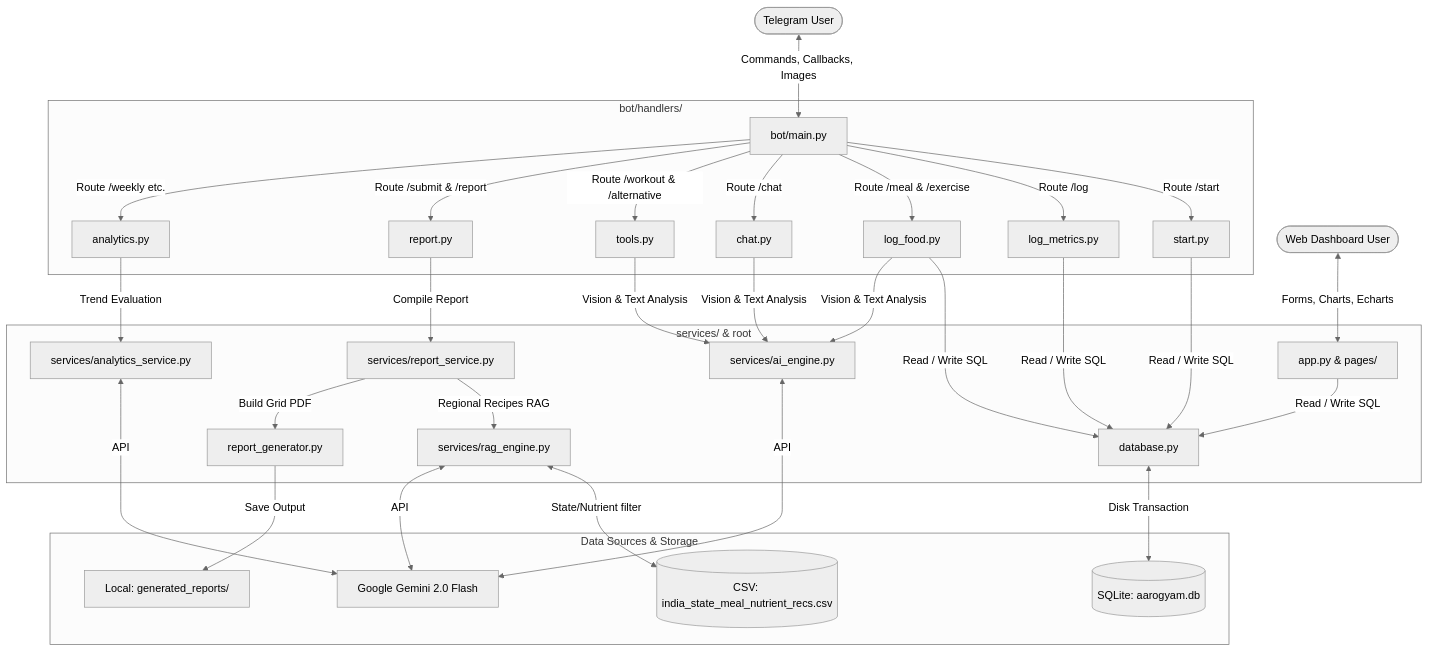
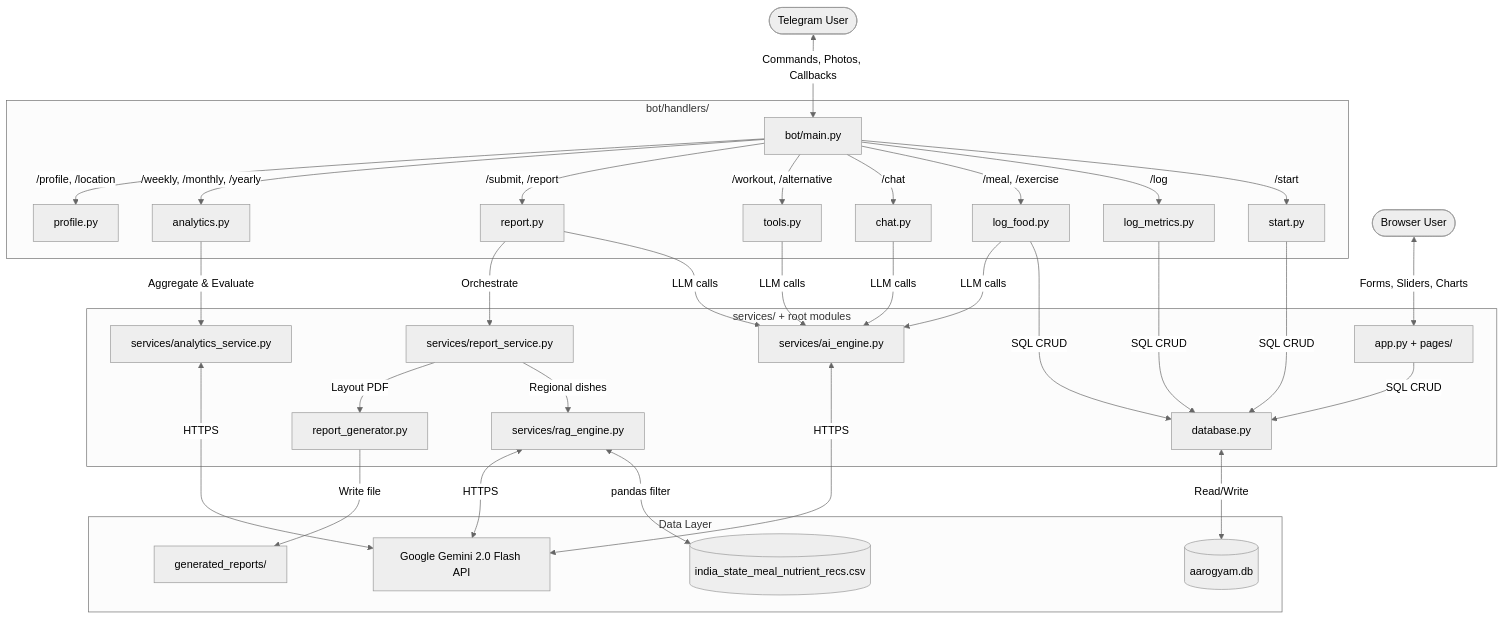
The first of 3 diagrams in PROJECT_DOCUMENTATION.md (swaraj-dash/AarogyamAI), drawn with Mermaid (neutral theme) before and after one commit. The commit also changed other lines of this file, not shown here.

Commit message:
docs: exhaustive technical blueprint with every function, state machine, algorithm, and schema

````diff
--- a/PROJECT_DOCUMENTATION.md
+++ b/PROJECT_DOCUMENTATION.md
@@ -60,31 +61,32 @@
 ```mermaid
 graph TD
-    User([Telegram User]) <-->|Commands, Callbacks, Images| BotMain[bot/main.py]
-    WebUser([Web Dashboard User]) <-->|Forms, Charts, Echarts| StreamlitApp[app.py & pages/]
-    
-    subgraph Bot Handlers [bot/handlers/]
-        BotMain -->|Route /start| StartH[start.py]
-        BotMain -->|Route /log| LogMetricsH[log_metrics.py]
-        BotMain -->|Route /meal & /exercise| LogFoodH[log_food.py]
-        BotMain -->|Route /chat| ChatH[chat.py]
-        BotMain -->|Route /workout & /alternative| ToolsH[tools.py]
-        BotMain -->|Route /submit & /report| ReportH[report.py]
-        BotMain -->|Route /weekly etc.| AnalyticsH[analytics.py]
+    TelegramUser([Telegram User]) <-->|Commands, Photos, Callbacks| BotMain[bot/main.py]
+    WebUser([Browser User]) <-->|Forms, Sliders, Charts| StreamlitApp[app.py + pages/]
+
+    subgraph BotHandlers [bot/handlers/]
+        BotMain -->|/start| StartH[start.py]
+        BotMain -->|/log| LogMetricsH[log_metrics.py]
+        BotMain -->|/meal, /exercise| LogFoodH[log_food.py]
+        BotMain -->|/chat| ChatH[chat.py]
+        BotMain -->|/workout, /alternative| ToolsH[tools.py]
+        BotMain -->|/submit, /report| ReportH[report.py]
+        BotMain -->|/weekly, /monthly, /yearly| AnalyticsH[analytics.py]
+        BotMain -->|/profile, /location| ProfileH[profile.py]
     end
 
-    subgraph Core Services [services/ & root]
-        StartH & LogMetricsH & LogFoodH & StreamlitApp -->|Read / Write SQL| DB[database.py]
-        ChatH & LogFoodH & ToolsH -->|Vision & Text Analysis| AIEngine[services/ai_engine.py]
-        ReportH -->|Compile Report| ReportService[services/report_service.py]
-        ReportService -->|Regional Recipes RAG| RAGEngine[services/rag_engine.py]
-        ReportService -->|Build Grid PDF| PDFGen[report_generator.py]
-        AnalyticsH -->|Trend Evaluation| AnalyticsService[services/analytics_service.py]
+    subgraph CoreServices [services/ + root modules]
+        StartH & LogMetricsH & LogFoodH & StreamlitApp -->|SQL CRUD| DB[database.py]
+        ChatH & LogFoodH & ToolsH & ReportH -->|LLM calls| AIEngine[services/ai_engine.py]
+        ReportH -->|Orchestrate| ReportSvc[services/report_service.py]
+        ReportSvc -->|Regional dishes| RAG[services/rag_engine.py]
+        ReportSvc -->|Layout PDF| PDFGen[report_generator.py]
+        AnalyticsH -->|Aggregate & Evaluate| AnalyticsSvc[services/analytics_service.py]
     end
 
-    subgraph Data Sources & Storage
-        DB <-->|Disk Transaction| SQLite[(SQLite: aarogyam.db)]
-        RAGEngine <-->|State/Nutrient filter| CSVStore[(CSV: india_state_meal_nutrient_recs.csv)]
-        AIEngine & RAGEngine & AnalyticsService <-->|API| GeminiAPI[Google Gemini 2.0 Flash]
-        PDFGen -->|Save Output| PDFStorage[Local: generated_reports/]
+    subgraph Storage [Data Layer]
+        DB <-->|Read/Write| SQLite[(aarogyam.db)]
+        RAG <-->|pandas filter| CSV[(india_state_meal_nutrient_recs.csv)]
+        AIEngine & RAG & AnalyticsSvc <-->|HTTPS| Gemini[Google Gemini 2.0 Flash API]
+        PDFGen -->|Write file| PDFDir[generated_reports/]
     end
 ```
````
